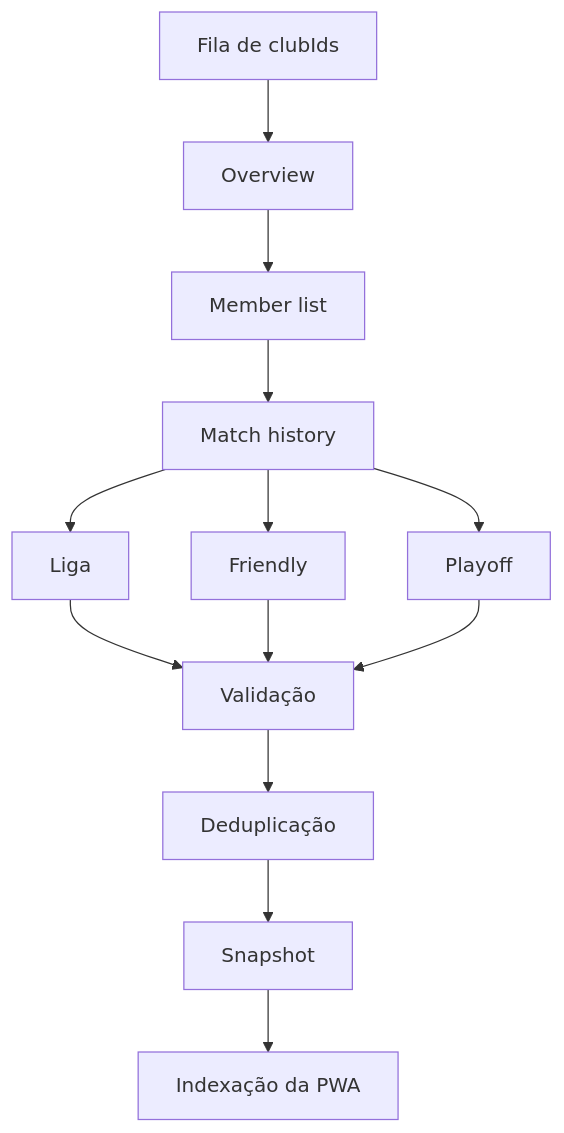
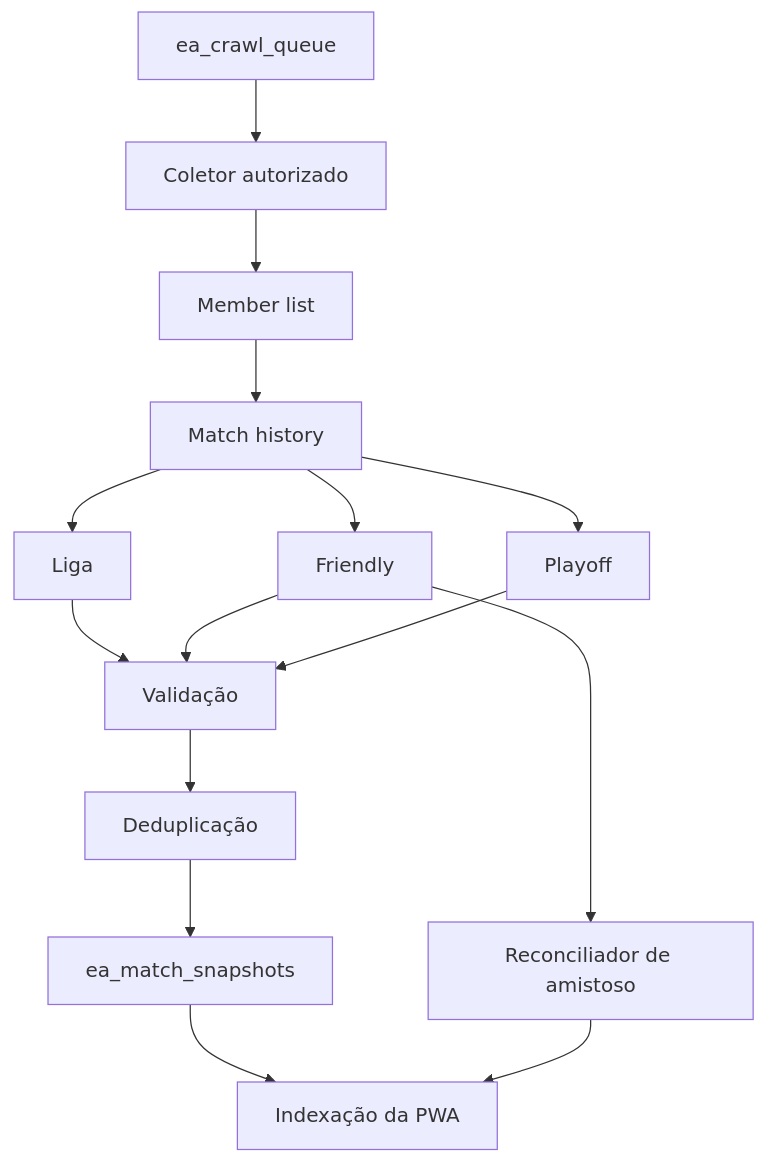
Before and after one commit to cspgabriel/pro-clubs-america: the diagram in docs/CRAWLER-OPERATIONS.md, drawn with Mermaid. The commit also changed other lines of this file and 19 other files, not shown here.

````diff
--- a/docs/CRAWLER-OPERATIONS.md
+++ b/docs/CRAWLER-OPERATIONS.md
@@ -18,15 +18,17 @@
 ```mermaid
 flowchart TD
-    Q["Fila de clubIds"] --> O["Overview"]
+    Q["ea_crawl_queue"] --> O["Coletor autorizado"]
     O --> R["Member list"]
     R --> H["Match history"]
     H --> L["Liga"]
     H --> F["Friendly"]
     H --> P["Playoff"]
     L --> V["Validação"]
     F --> V
     P --> V
     V --> D["Deduplicação"]
-    D --> S["Snapshot"]
+    D --> S["ea_match_snapshots"]
     S --> I["Indexação da PWA"]
+    F --> X["Reconciliador de amistoso"]
+    X --> I
 ```
````
